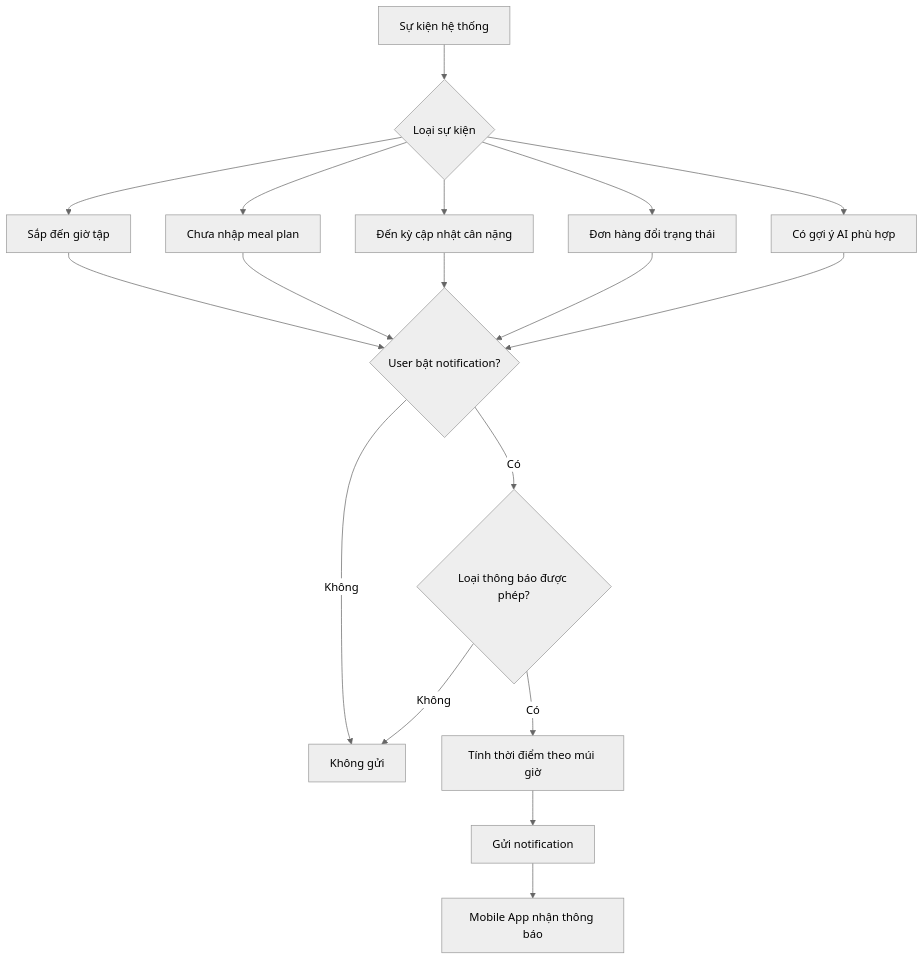
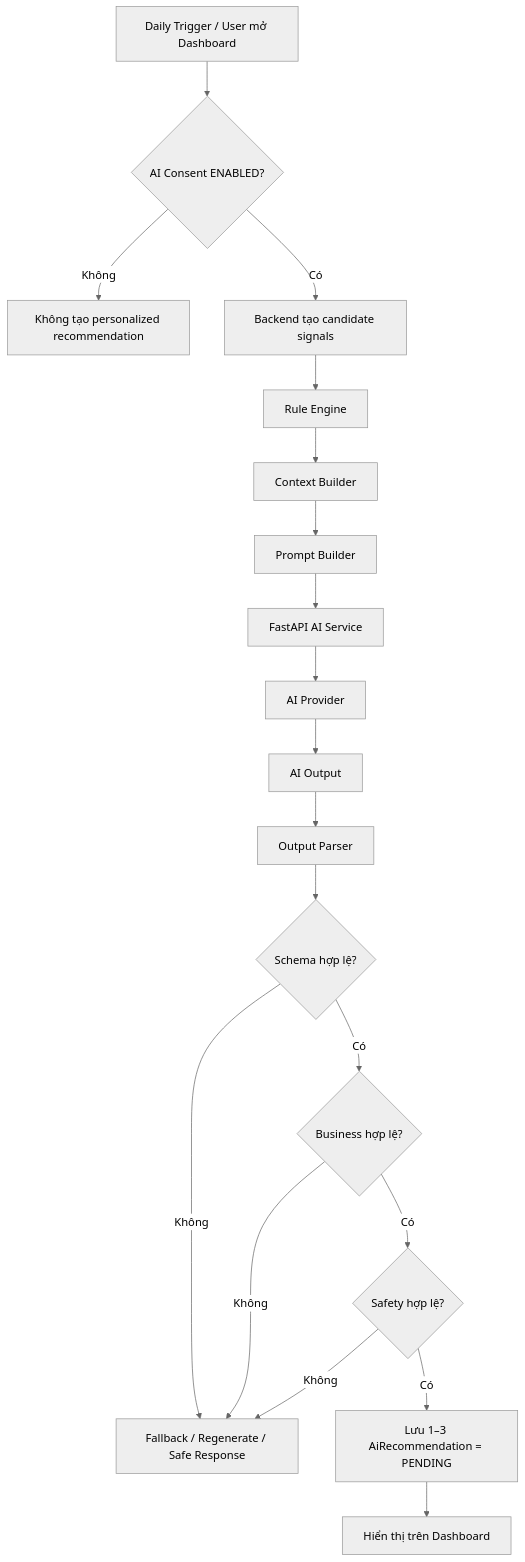
Before and after one commit to tgiahuy/VieGym: diagram 13 of 21 in docs/spec/bussiness_mainflow.md, drawn with Mermaid (neutral theme). The commit also changed other lines of this file and 16 other files, not shown here.

````diff
--- a/docs/spec/bussiness_mainflow.md
+++ b/docs/spec/bussiness_mainflow.md
@@ -793,22 +1065,24 @@
 ```mermaid
 flowchart TD
-    Event[Sự kiện hệ thống] --> Type{Loại sự kiện}
-    Type --> Workout[Sắp đến giờ tập]
-    Type --> Meal[Chưa nhập meal plan]
-    Type --> Weight[Đến kỳ cập nhật cân nặng]
-    Type --> Order[Đơn hàng đổi trạng thái]
-    Type --> AI[Có gợi ý AI phù hợp]
+    Trigger[Daily Trigger / User mở Dashboard] --> Consent{AI Consent ENABLED?}
+    Consent -- Không --> NoRecommendation[Không tạo personalized recommendation]
 
-    Workout --> Permission{User bật notification?}
-    Meal --> Permission
-    Weight --> Permission
-    Order --> Permission
-    AI --> Permission
+    Consent -- Có --> Signals[Backend tạo candidate signals]
+    Signals --> Rule[Rule Engine]
+    Rule --> Context[Context Builder]
+    Context --> Prompt[Prompt Builder]
+    Prompt --> AI[FastAPI AI Service]
+    AI --> Provider[AI Provider]
+    Provider --> Output[AI Output]
 
-    Permission -- Không --> Skip[Không gửi]
-    Permission -- Có --> Category{Loại thông báo được phép?}
-    Category -- Không --> Skip
-    Category -- Có --> Timezone[Tính thời điểm theo múi giờ]
-    Timezone --> Send[Gửi notification]
-    Send --> App[Mobile App nhận thông báo]
+    Output --> Parse[Output Parser]
+    Parse --> Schema{Schema hợp lệ?}
+    Schema -- Không --> Fallback[Fallback / Regenerate / Safe Response]
+    Schema -- Có --> Business{Business hợp lệ?}
+    Business -- Không --> Fallback
+    Business -- Có --> Safety{Safety hợp lệ?}
+    Safety -- Không --> Fallback
+    Safety -- Có --> Recommendation[Lưu 1–3 AiRecommendation = PENDING]
+
+    Recommendation --> Dashboard[Hiển thị trên Dashboard]
 ```
````
